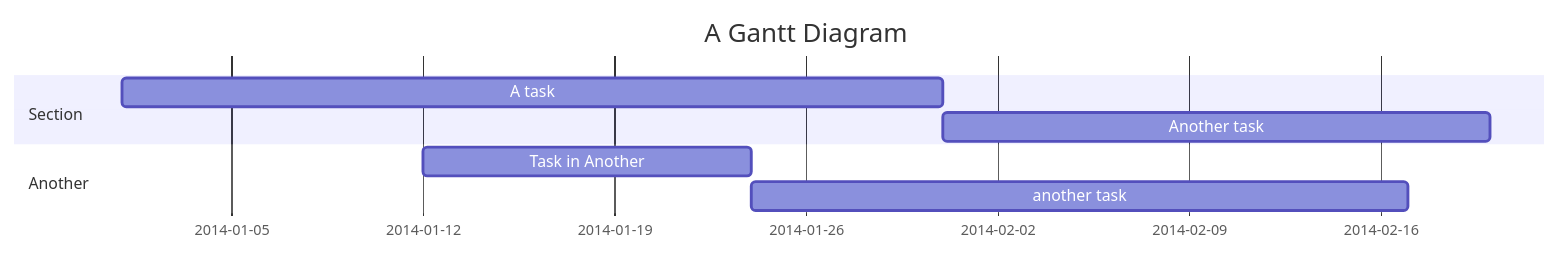
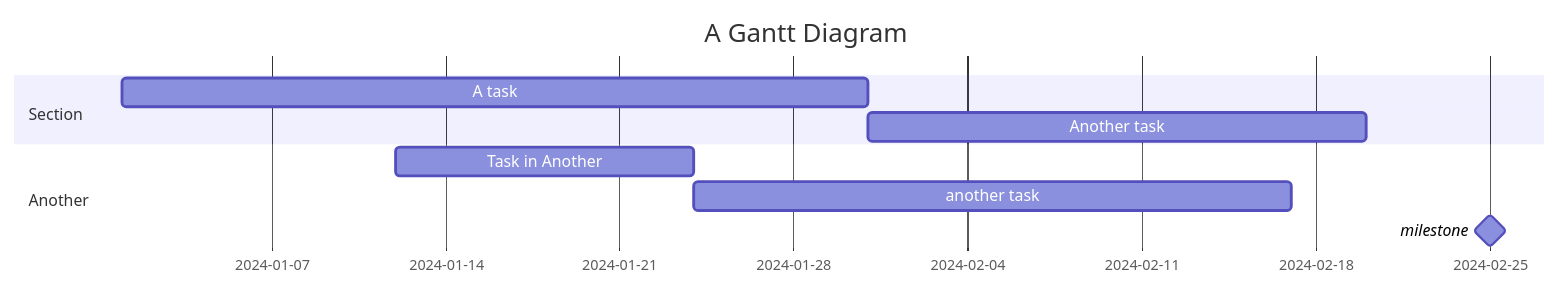
One commit to ElMehdiBen/elmehdiben.github.io changed the first of 3 diagrams in OLD/README.md. Above: the diagram before and after it, drawn with Mermaid. The commit also changed other lines of this file, not shown here.

````diff
--- a/OLD/README.md
+++ b/OLD/README.md
@@ -11,11 +2,12 @@
 ```mermaid
 gantt
     title A Gantt Diagram
     dateFormat YYYY-MM-DD
     section Section
-        A task          :a1, 2014-01-01, 30d
+        A task          :a1, 2024-01-01, 30d
         Another task    :after a1, 20d
     section Another
-        Task in Another :2014-01-12, 12d
+        Task in Another :2024-01-12, 12d
         another task    :24d
+    milestone : milestone, m1, 2024-02-25, 2m
 ```
````
